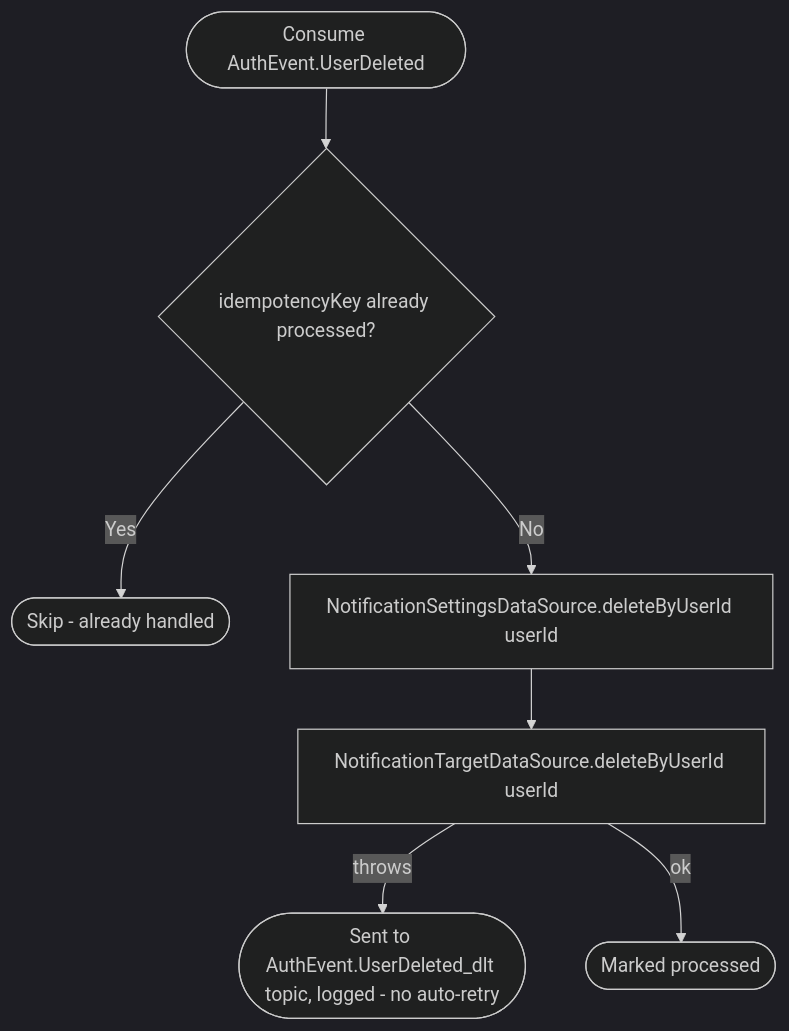
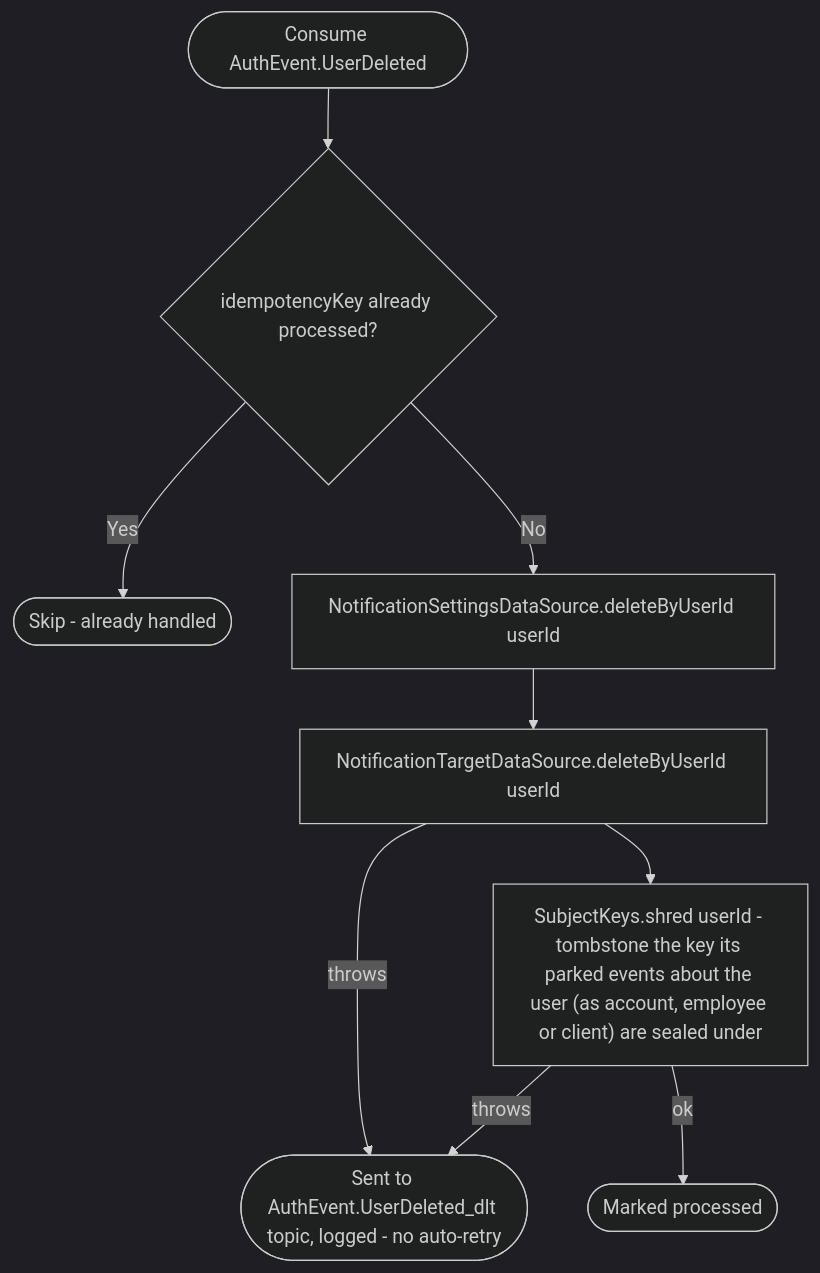
Before and after one commit to nocturneproperties/bookkme: the diagram in docs/operations/notifications/on-user-deleted.md, drawn with Mermaid (dark theme). The commit also changed 82 other files, not shown here.

Commit message:
[ISSUE-157] shred keys on entity removal

````diff
--- a/docs/operations/notifications/on-user-deleted.md
+++ b/docs/operations/notifications/on-user-deleted.md
@@ -10,9 +10,11 @@
 ```mermaid
 flowchart TD
     Start([Consume AuthEvent.UserDeleted]) --> Dedup{idempotencyKey already processed?}
     Dedup -- Yes --> Skip([Skip - already handled])
     Dedup -- No --> DelSettings[NotificationSettingsDataSource.deleteByUserId userId]
     DelSettings --> DelTargets[NotificationTargetDataSource.deleteByUserId userId]
+    DelTargets --> Shred["SubjectKeys.shred userId - tombstone the key its parked events about the user (as account, employee or client) are sealed under"]
     DelTargets -- throws --> Dlt([Sent to AuthEvent.UserDeleted_dlt topic, logged - no auto-retry])
-    DelTargets -- ok --> Ack([Marked processed])
+    Shred -- throws --> Dlt
+    Shred -- ok --> Ack([Marked processed])
 ```
````
